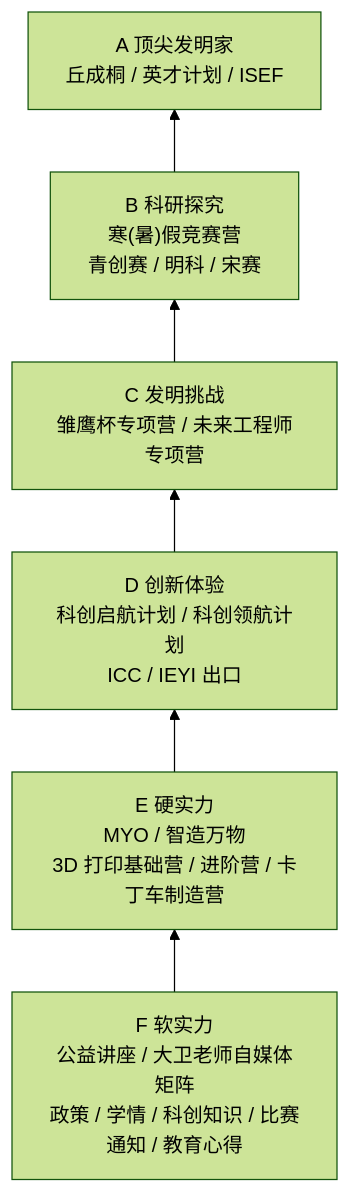
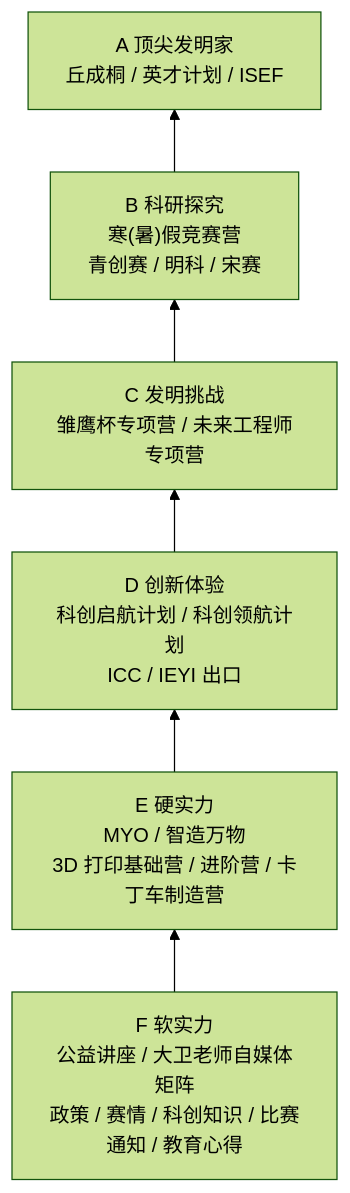
Before and after one commit to Amasun93/ideaLab: the first of 2 diagrams in references/product_knowledge/产品关系图.md, drawn with Mermaid (forest theme). The commit also changed 37 other files, not shown here.

Commit message:
refine skill architecture and rename event intelligence

````diff
--- a/references/product_knowledge/产品关系图.md
+++ b/references/product_knowledge/产品关系图.md
@@ -5,8 +5,8 @@
 ```mermaid
 flowchart BT
-  F["F 软实力<br/>公益讲座 / 大卫老师自媒体矩阵<br/>政策 / 学情 / 科创知识 / 比赛通知 / 教育心得"] --> E["E 硬实力<br/>MYO / 智造万物<br/>3D 打印基础营 / 进阶营 / 卡丁车制造营"]
+  F["F 软实力<br/>公益讲座 / 大卫老师自媒体矩阵<br/>政策 / 赛情 / 科创知识 / 比赛通知 / 教育心得"] --> E["E 硬实力<br/>MYO / 智造万物<br/>3D 打印基础营 / 进阶营 / 卡丁车制造营"]
   E --> D["D 创新体验<br/>科创启航计划 / 科创领航计划<br/>ICC / IEYI 出口"]
   D --> C["C 发明挑战<br/>雏鹰杯专项营 / 未来工程师专项营"]
   C --> B["B 科研探究<br/>寒(暑)假竞赛营<br/>青创赛 / 明科 / 宋赛"]
   B --> A["A 顶尖发明家<br/>丘成桐 / 英才计划 / ISEF"]
 ```
````
